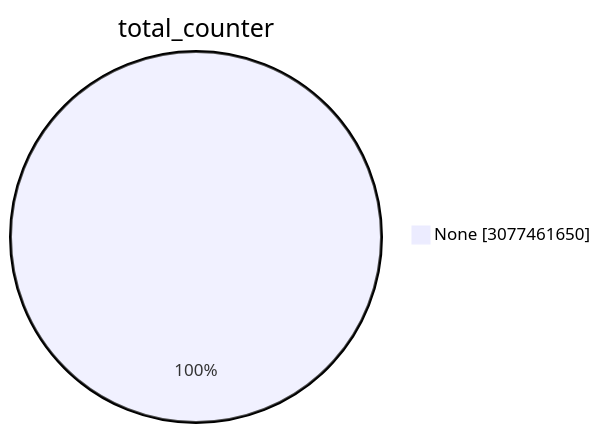
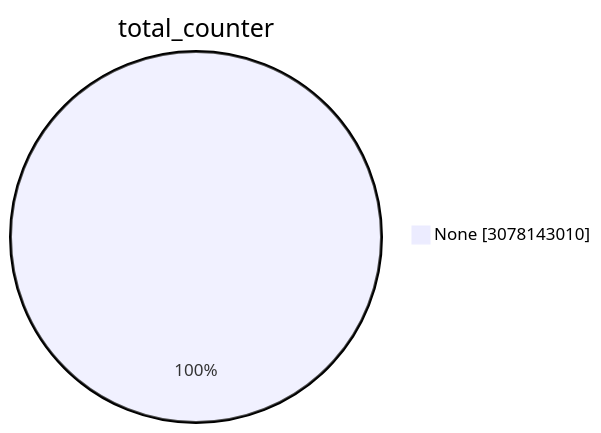
One commit to christiankrug/ctmonitor_visualization changed the first of 15 diagrams in TOTAL/README.md. Above: the diagram before and after it, drawn with Mermaid. The commit also changed other lines of this file, not shown here.

````diff
--- a/TOTAL/README.md
+++ b/TOTAL/README.md
@@ -1,5 +1,5 @@
 ```mermaid
 pie showData
 title total_counter
-"None" :3077461650
+"None" :3078143010
 ```
````
